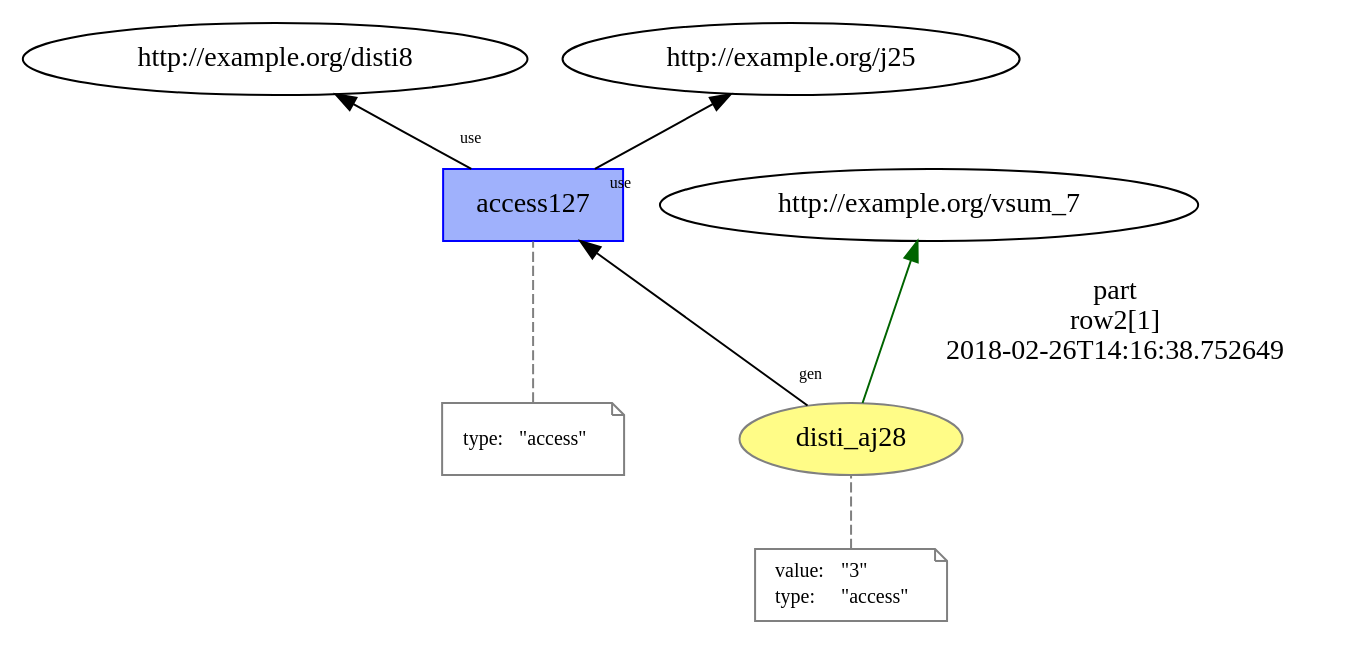
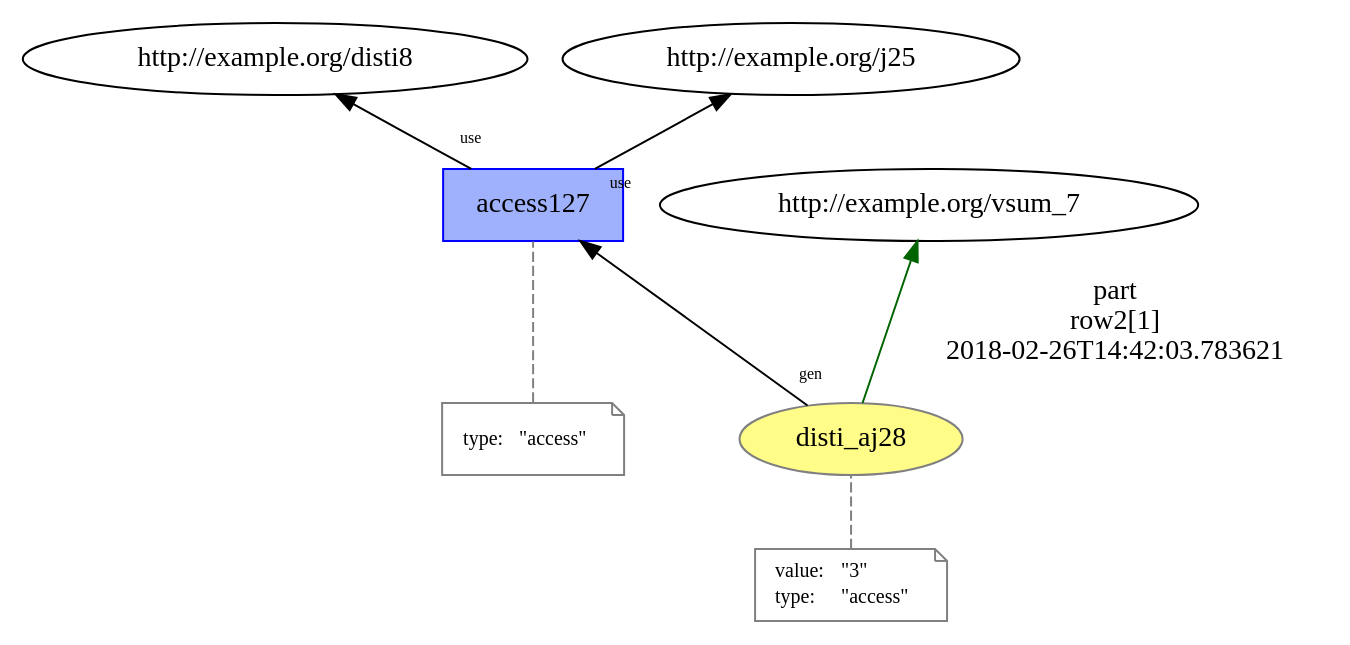
The diagram in mutable_prov/temp/L15__access25.dot (dew-uff/versioned-prov), drawn with Graphviz before and after one commit. The commit also changed 527 other files, not shown here.

```diff
--- a/mutable_prov/temp/L15__access25.dot
+++ b/mutable_prov/temp/L15__access25.dot
@@ -1,28 +1,28 @@
 digraph "PROV" { size="16,12"; rankdir="BT";
 "http://example.org/disti_aj28" [fillcolor="#FFFC87",color="#808080",style="filled",label="disti_aj28",URL="http://example.org/disti_aj28"]
 "-attrs0" [color="gray",shape="note",fontsize="10",fontcolor="black",label=<<TABLE cellpadding="0" border="0">
 	<TR>
 	    <TD align="left">value:</TD>
 	    <TD align="left">&quot;3&quot;</TD>
 	</TR>
 	<TR>
 	    <TD align="left">type:</TD>
 	    <TD align="left">&quot;access&quot;</TD>
 	</TR>
 </TABLE>>]
 "-attrs0" -> "http://example.org/disti_aj28" [color="gray",style="dashed",arrowhead="none"]
 "http://example.org/disti_aj28" -> "http://example.org/vsum_7" [labelfontsize="8",labeldistance="1.5",color="darkgreen",labelangle="60.0",rotation="20",label="part
 row2[1]
-2018-02-26T14:16:38.752649"]
+2018-02-26T14:42:03.783621"]
 "http://example.org/access127" [fillcolor="#9FB1FC",color="#0000FF",shape="polygon",sides="4",style="filled",label="access127",URL="http://example.org/access127"]
 "-attrs1" [color="gray",shape="note",fontsize="10",fontcolor="black",label=<<TABLE cellpadding="0" border="0">
 	<TR>
 	    <TD align="left">type:</TD>
 	    <TD align="left">&quot;access&quot;</TD>
 	</TR>
 </TABLE>>]
 "-attrs1" -> "http://example.org/access127" [color="gray",style="dashed",arrowhead="none"]
 "http://example.org/access127" -> "http://example.org/disti8" [labelfontsize="8",labeldistance="1.5",labelangle="60.0",rotation="20",taillabel="use"]
 "http://example.org/access127" -> "http://example.org/j25" [labelfontsize="8",labeldistance="1.5",labelangle="60.0",rotation="20",taillabel="use"]
 "http://example.org/disti_aj28" -> "http://example.org/access127" [labelfontsize="8",labeldistance="1.5",labelangle="60.0",rotation="20",taillabel="gen"]
 }
```
